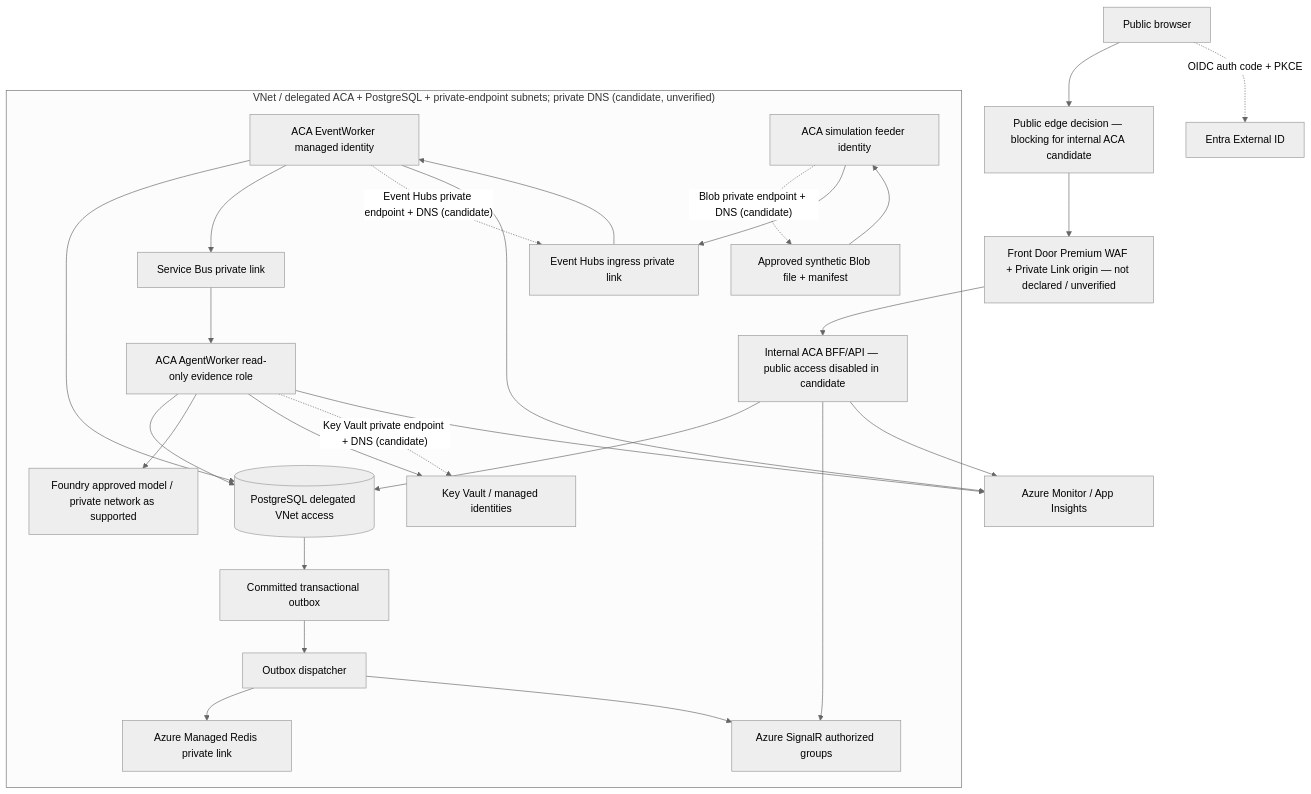
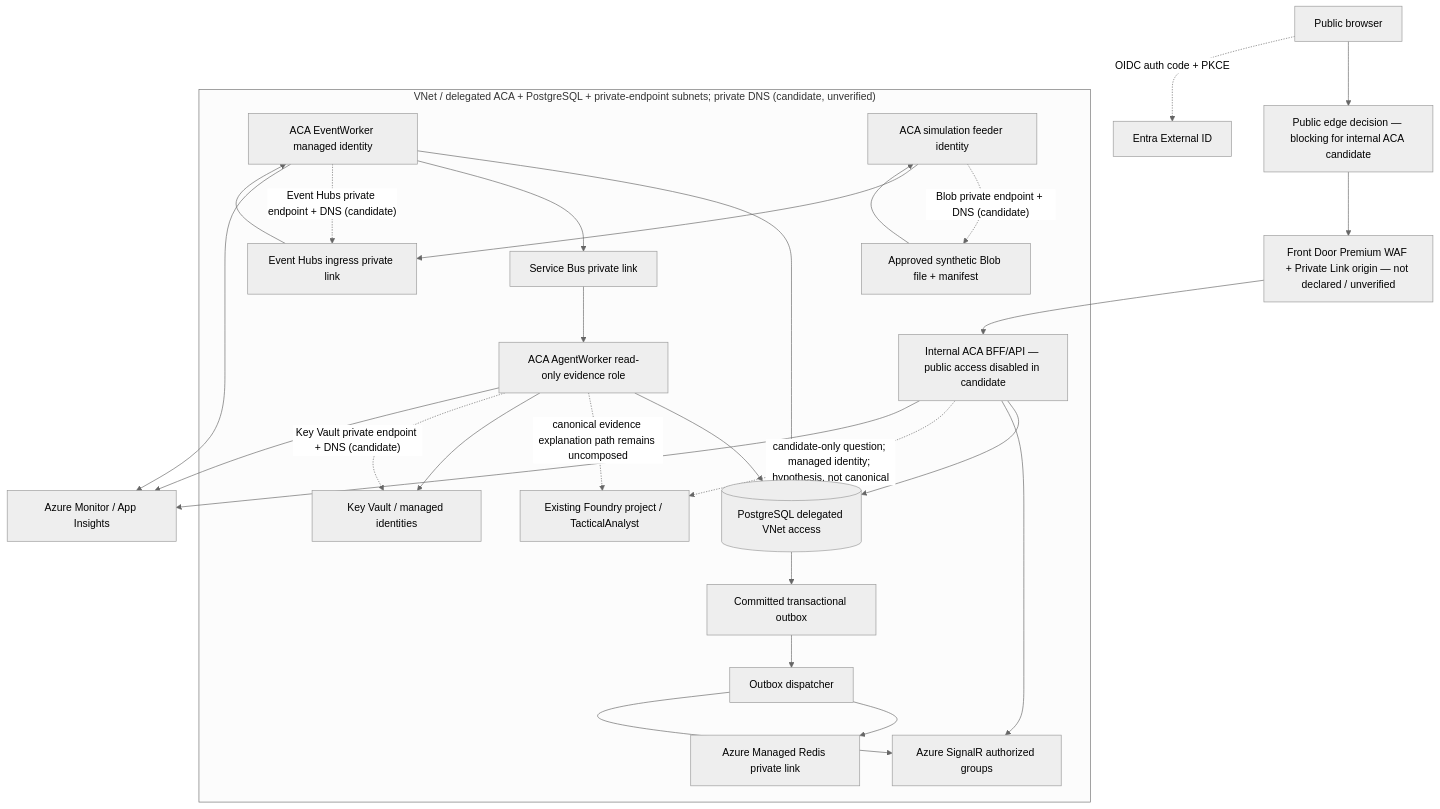
Before and after one commit to prateekgangopadhyay/PitchMind: the second of 3 diagrams in docs/architecture/04-deployment.md, drawn with Mermaid (neutral theme). The commit also changed other lines of this file and 15 other files, not shown here.

Commit message:
Wire Foundry match analyst agents and polish live match view

````diff
--- a/docs/architecture/04-deployment.md
+++ b/docs/architecture/04-deployment.md
@@ -23,30 +23,31 @@
 ```mermaid
 flowchart TB
   User["Public browser"] --> EDGE["Public edge decision — blocking for internal ACA candidate"]
   EDGE --> WAF["Front Door Premium WAF + Private Link origin — not declared / unverified"]
   WAF --> API["Internal ACA BFF/API — public access disabled in candidate"]
   User -. "OIDC auth code + PKCE" .-> Entra["Entra External ID"]
   subgraph Network["VNet / delegated ACA + PostgreSQL + private-endpoint subnets; private DNS (candidate, unverified)"]
     API --> PG[("PostgreSQL delegated VNet access")]
     API --> Signal["Azure SignalR authorized groups"]
+    API -. "candidate-only question; managed identity; hypothesis, not canonical" .-> Foundry["Existing Foundry project / TacticalAnalyst"]
     Worker["ACA EventWorker managed identity"] --> PG
     EH["Event Hubs ingress private link"] --> Worker
     PG --> Outbox["Committed transactional outbox"]
     Outbox --> Fanout["Outbox dispatcher"]
     Fanout --> Redis["Azure Managed Redis private link"]
     Fanout --> Signal
     Worker --> SB["Service Bus private link"]
     Agent["ACA AgentWorker read-only evidence role"] --> PG
-    Agent --> Foundry["Foundry approved model / private network as supported"]
+    Agent -. "canonical evidence explanation path remains uncomposed" .-> Foundry
     Agent --> KV["Key Vault / managed identities"]
     Feeder -. "Blob private endpoint + DNS (candidate)" .-> FEED
     Agent -. "Key Vault private endpoint + DNS (candidate)" .-> KV
     Worker -. "Event Hubs private endpoint + DNS (candidate)" .-> EH
   end
   FEED["Approved synthetic Blob file + manifest"] --> Feeder["ACA simulation feeder identity"]
   Feeder --> EH
   SB --> Agent
   API --> Monitor["Azure Monitor / App Insights"]
   Worker --> Monitor
   Agent --> Monitor
 ```
````
